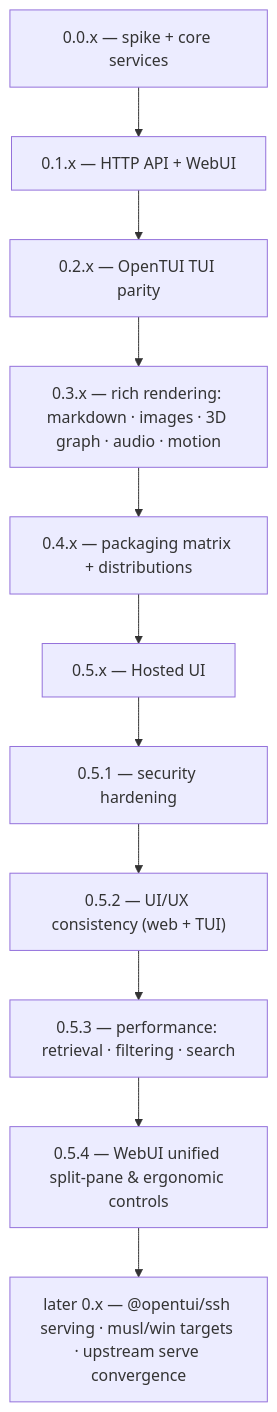
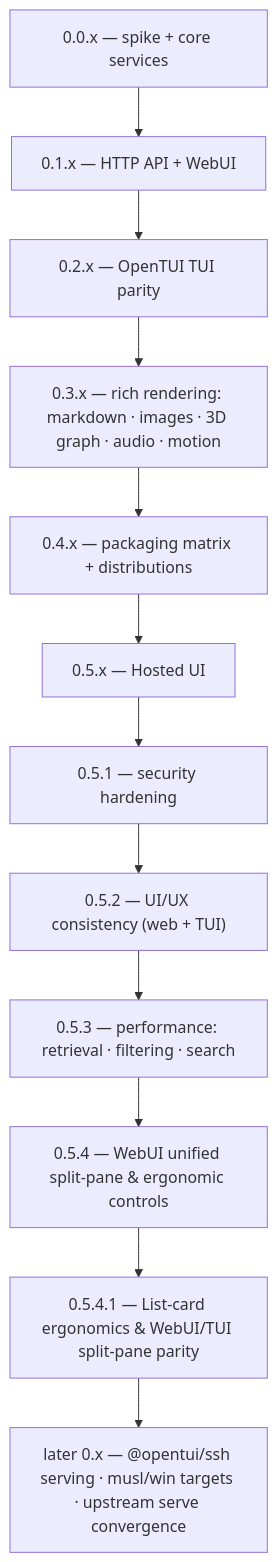
One commit to s-a-c/skills-ui changed the diagram in ROADMAP.md. Above: the diagram before and after it, drawn with Mermaid. The commit also changed other lines of this file and 14 other files, not shown here.

Commit message:
feat: 0.5.4.1 — list-card ergonomics & WebUI/TUI split-pane parity (S-256)

````diff
--- a/ROADMAP.md
+++ b/ROADMAP.md
@@ -5,13 +5,14 @@
 ```mermaid
 flowchart TB
   M0["0.0.x — spike + core services"] --> M1["0.1.x — HTTP API + WebUI"]
   M1 --> M2["0.2.x — OpenTUI TUI parity"]
   M2 --> M3["0.3.x — rich rendering: markdown · images · 3D graph · audio · motion"]
   M3 --> M4["0.4.x — packaging matrix + distributions"]
   M4 --> M5["0.5.x — Hosted UI"]
   M5 --> M5A["0.5.1 — security hardening"]
   M5A --> M5B["0.5.2 — UI/UX consistency (web + TUI)"]
   M5B --> M5C["0.5.3 — performance: retrieval · filtering · search"]
   M5C --> M5D["0.5.4 — WebUI unified split-pane & ergonomic controls"]
-  M5D --> MX["later 0.x — @opentui/ssh serving · musl/win targets · upstream serve convergence"]
+  M5D --> M5E["0.5.4.1 — List-card ergonomics & WebUI/TUI split-pane parity"]
+  M5E --> MX["later 0.x — @opentui/ssh serving · musl/win targets · upstream serve convergence"]
 ```
````
